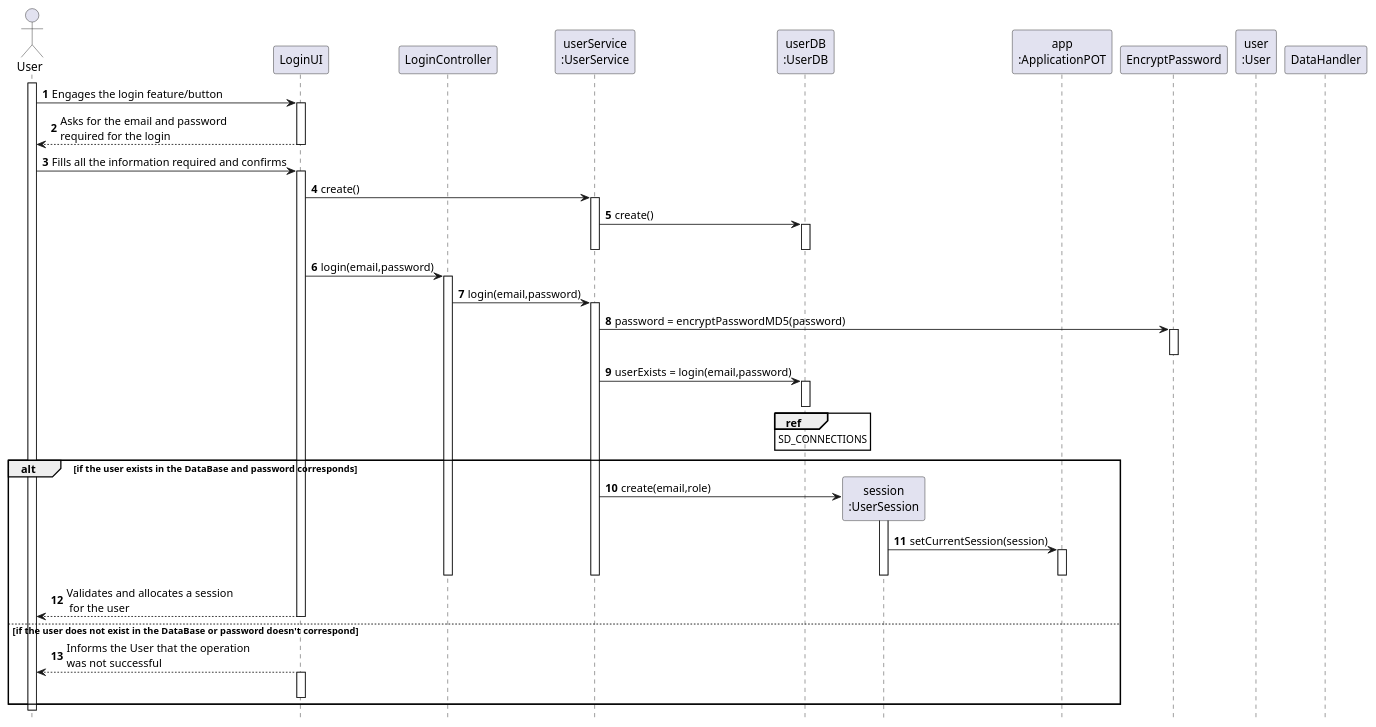
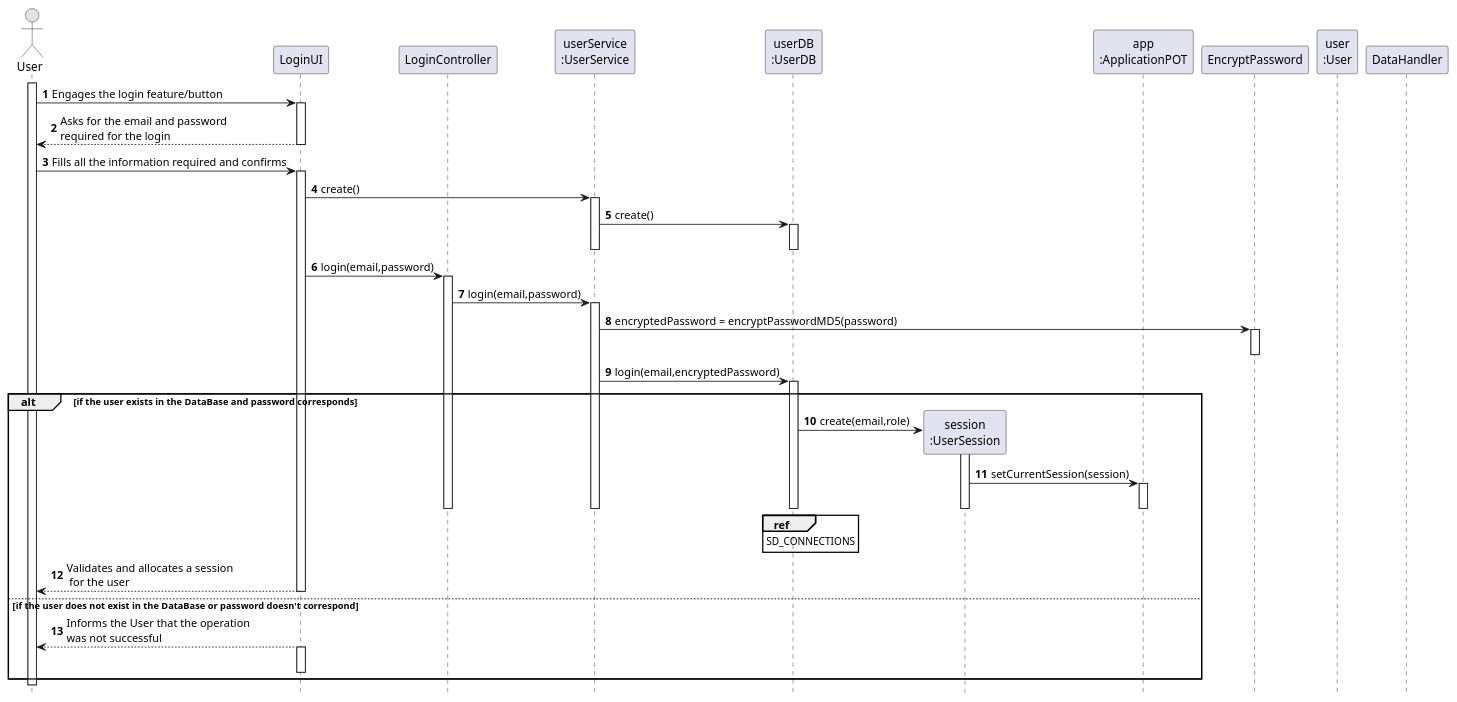
The diagram in docs/Iteration 2/User Management/Refinement/US67_Login/US67_SD.puml (tiagoavcosta25/LAPR3), drawn with PlantUML before and after one commit. The commit also changed 17 other files, not shown here.

```diff
--- a/docs/Iteration 2/User Management/Refinement/US67_Login/US67_SD.puml
+++ b/docs/Iteration 2/User Management/Refinement/US67_Login/US67_SD.puml
@@ -1,94 +1,94 @@
 @startuml
 autonumber
 hide footbox
 
 actor "User" as U
 
 participant "LoginUI" as UI
 participant "LoginController" as CTRL
 
 
 participant "userService\n:UserService" as US
 participant "userDB\n:UserDB" as UREG
 
 participant "session\n:UserSession" as SES
 participant "app\n:ApplicationPOT" as _APP
 participant "EncryptPassword" as EP
 participant "user\n:User" as USER
 
 
 
 participant "DataHandler" as DH
 
 activate U
 
 U -> UI : Engages the login feature/button
 activate UI
 UI --> U : Asks for the email and password\nrequired for the login
 deactivate UI
 
 U -> UI : Fills all the information required and confirms
 activate UI
 
 UI -> US : create()
 activate US
 US -> UREG : create()
 activate UREG
 deactivate UREG
 deactivate US
 UI -> CTRL : login(email,password)
 activate CTRL
 
 
 
 CTRL -> US : login(email,password)
 activate US
-US -> EP : password = encryptPasswordMD5(password)
+US -> EP : encryptedPassword = encryptPasswordMD5(password)
 activate EP
 deactivate EP
-US -> UREG : userExists = login(email,password)
+US -> UREG : login(email,encryptedPassword)
 
 activate UREG
+alt if the user exists in the DataBase and password corresponds
 
+UREG -> SES** : create(email,role)
+
+activate SES
+SES -> _APP : setCurrentSession(session)
+activate _APP
+deactivate SES
+deactivate US
 deactivate UREG
 ref over UREG
 SD_CONNECTIONS
 end ref
 
 
 
-alt if the user exists in the DataBase and password corresponds
 
-US -> SES** : create(email,role)
-
-activate SES
-SES -> _APP : setCurrentSession(session)
-activate _APP
-deactivate SES
-deactivate US
 
 
 deactivate _APP
 
 deactivate UREG
 
 
 deactivate CTRL
 
 UI --> U : Validates and allocates a session\n for the user
 deactivate UI
 
 else if the user does not exist in the DataBase or password doesn't correspond
 
 
 
 
 
 UI --> U : Informs the User that the operation\nwas not successful
 activate UI
 deactivate UI
 
 end
 
 deactivate U
 @enduml
```
